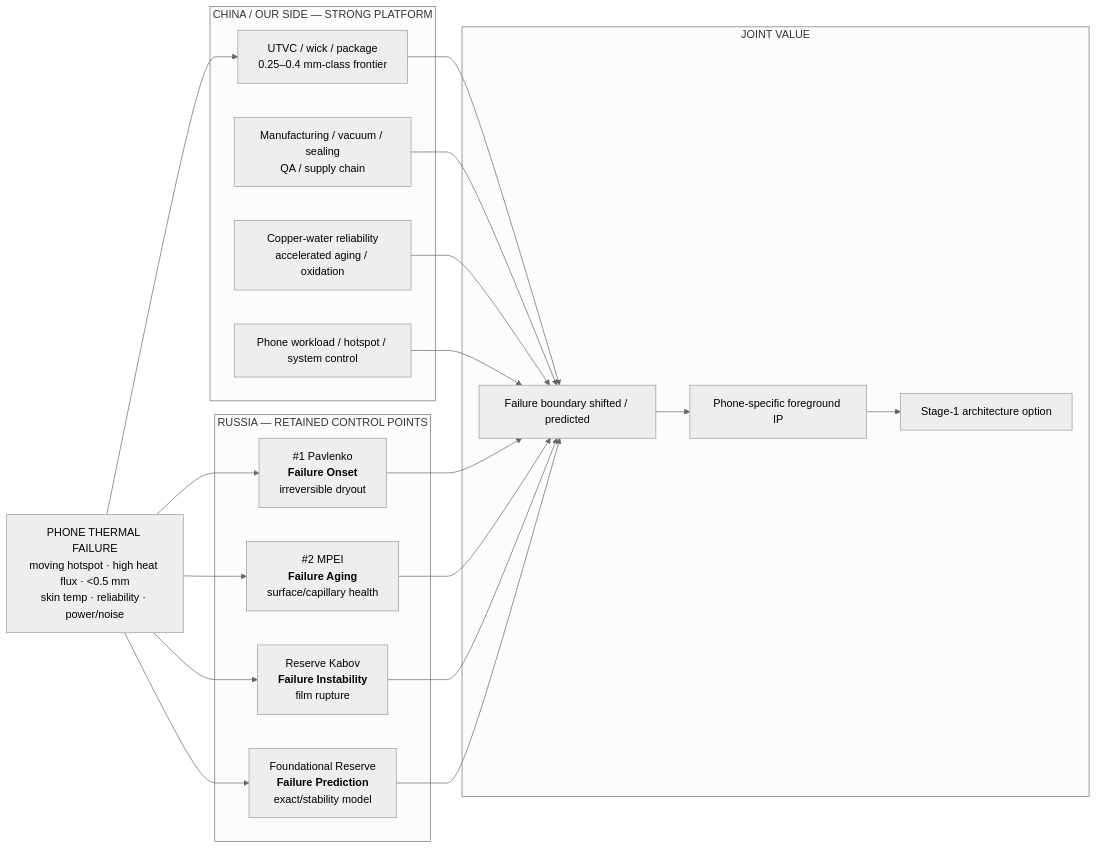
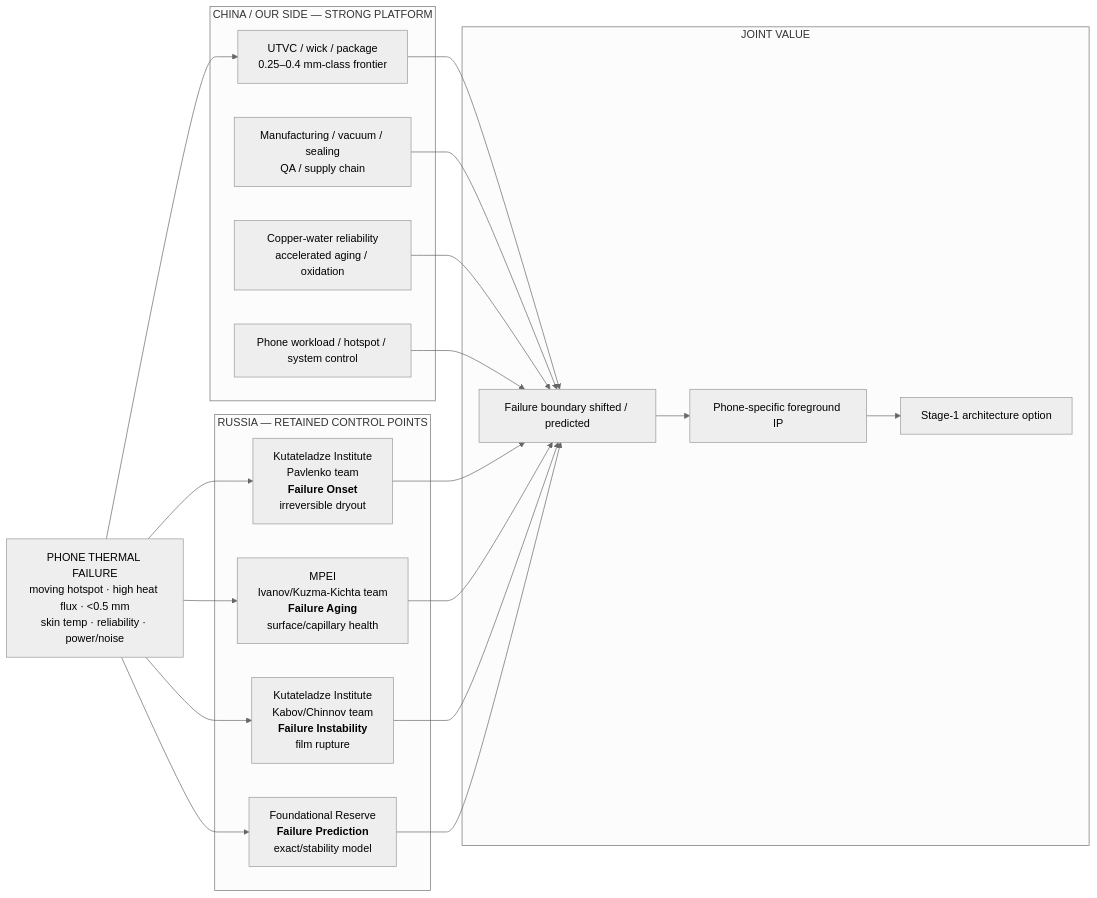
Before and after one commit to xiejinsen/Russia-Thermal: the diagram in 10-final-report/leadership_decision_package_v01.md, drawn with Mermaid (neutral theme). The commit also changed other lines of this file, not shown here.

````diff
--- a/10-final-report/leadership_decision_package_v01.md
+++ b/10-final-report/leadership_decision_package_v01.md
@@ -46,43 +46,43 @@
 ```mermaid
 flowchart LR
 
     USER["PHONE THERMAL FAILURE<br/>moving hotspot · high heat flux · <0.5 mm<br/>skin temp · reliability · power/noise"]
 
     subgraph CN["CHINA / OUR SIDE — STRONG PLATFORM"]
       HW["UTVC / wick / package<br/>0.25–0.4 mm-class frontier"]
       MFG["Manufacturing / vacuum / sealing<br/>QA / supply chain"]
       REL["Copper-water reliability<br/>accelerated aging / oxidation"]
       SYS["Phone workload / hotspot / system control"]
     end
 
     subgraph RU["RUSSIA — RETAINED CONTROL POINTS"]
-      P["#1 Pavlenko<br/><b>Failure Onset</b><br/>irreversible dryout"]
-      M["#2 MPEI<br/><b>Failure Aging</b><br/>surface/capillary health"]
-      K["Reserve Kabov<br/><b>Failure Instability</b><br/>film rupture"]
+      P["Kutateladze Institute<br/>Pavlenko team<br/><b>Failure Onset</b><br/>irreversible dryout"]
+      M["MPEI<br/>Ivanov/Kuzma-Kichta team<br/><b>Failure Aging</b><br/>surface/capillary health"]
+      K["Kutateladze Institute<br/>Kabov/Chinnov team<br/><b>Failure Instability</b><br/>film rupture"]
       F["Foundational Reserve<br/><b>Failure Prediction</b><br/>exact/stability model"]
     end
 
     subgraph OUT["JOINT VALUE"]
       B["Failure boundary shifted / predicted"]
       IP["Phone-specific foreground IP"]
       ROAD["Stage-1 architecture option"]
     end
 
     USER --> HW
     USER --> P
     USER --> M
     USER --> K
     USER --> F
 
     HW --> B
     MFG --> B
     REL --> B
     SYS --> B
 
     P --> B
     M --> B
     K --> B
     F --> B
 
     B --> IP --> ROAD
 ```
````
